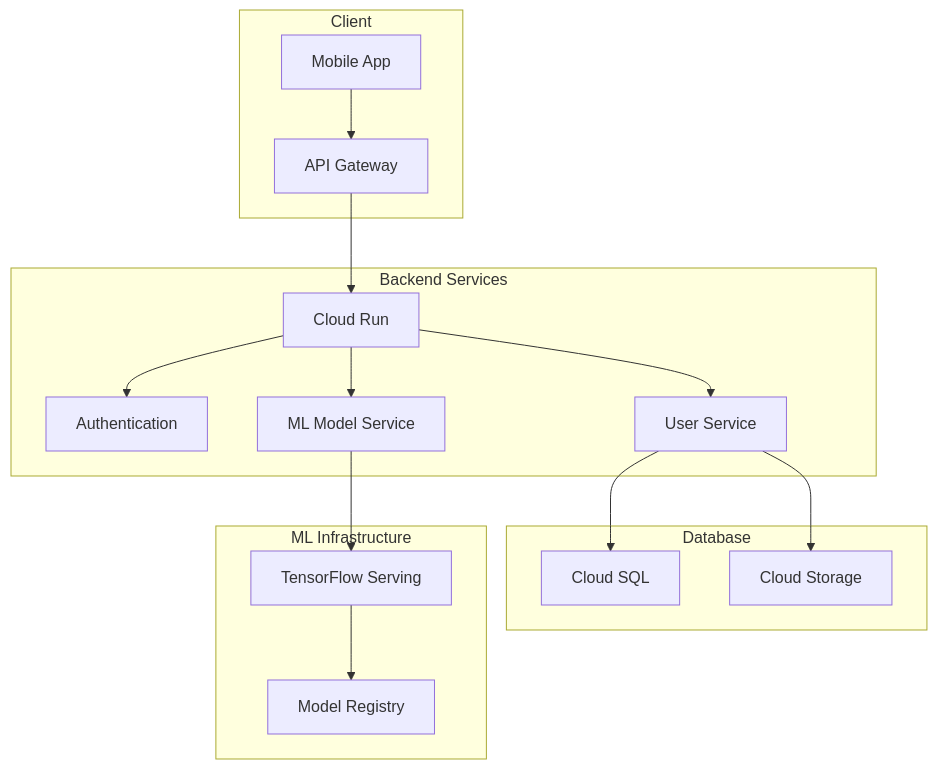
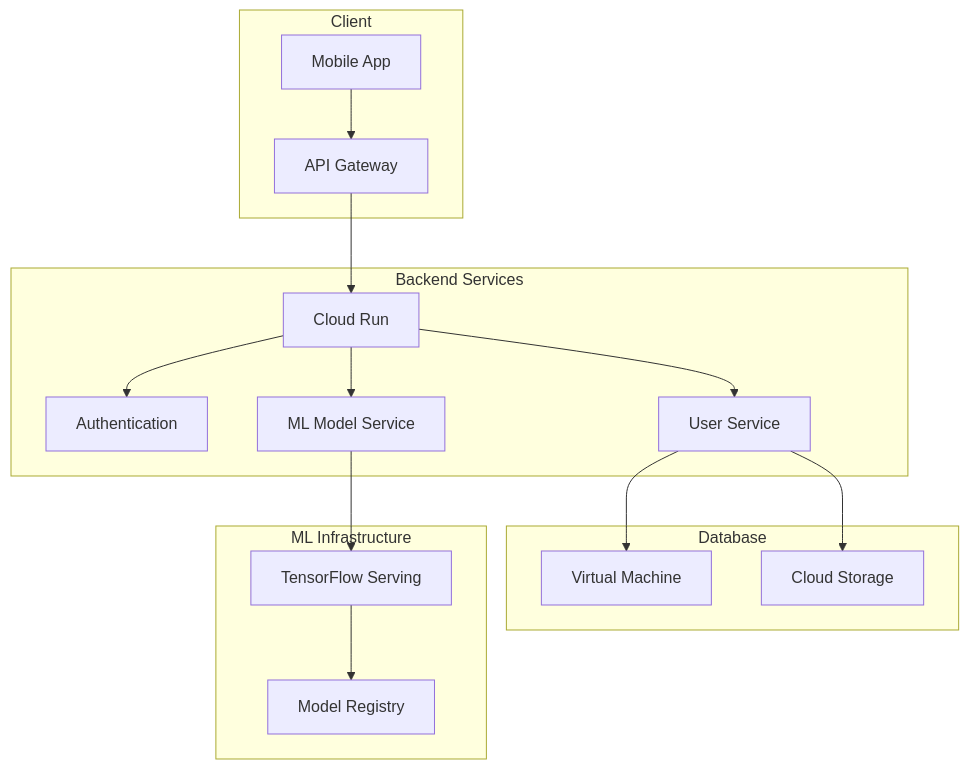
The first of 2 diagrams in README.md (CeKulit/cekulit-backend), drawn with Mermaid before and after one commit.

Commit message:
Update README Db

````diff
--- a/README.md
+++ b/README.md
@@ -35,23 +35,23 @@
 ```mermaid
 graph TB
     subgraph Client
         A[Mobile App] --> B[API Gateway]
     end
     
     subgraph Backend Services
         B --> C[Cloud Run]
         C --> D[Authentication]
         C --> E[ML Model Service]
         C --> F[User Service]
     end
     
     subgraph Database
-        F --> G[Cloud SQL]
+        F --> G[Virtual Machine]
         F --> H[Cloud Storage]
     end
     
     subgraph ML Infrastructure
         E --> I[TensorFlow Serving]
         I --> J[Model Registry]
     end
 ```
````
